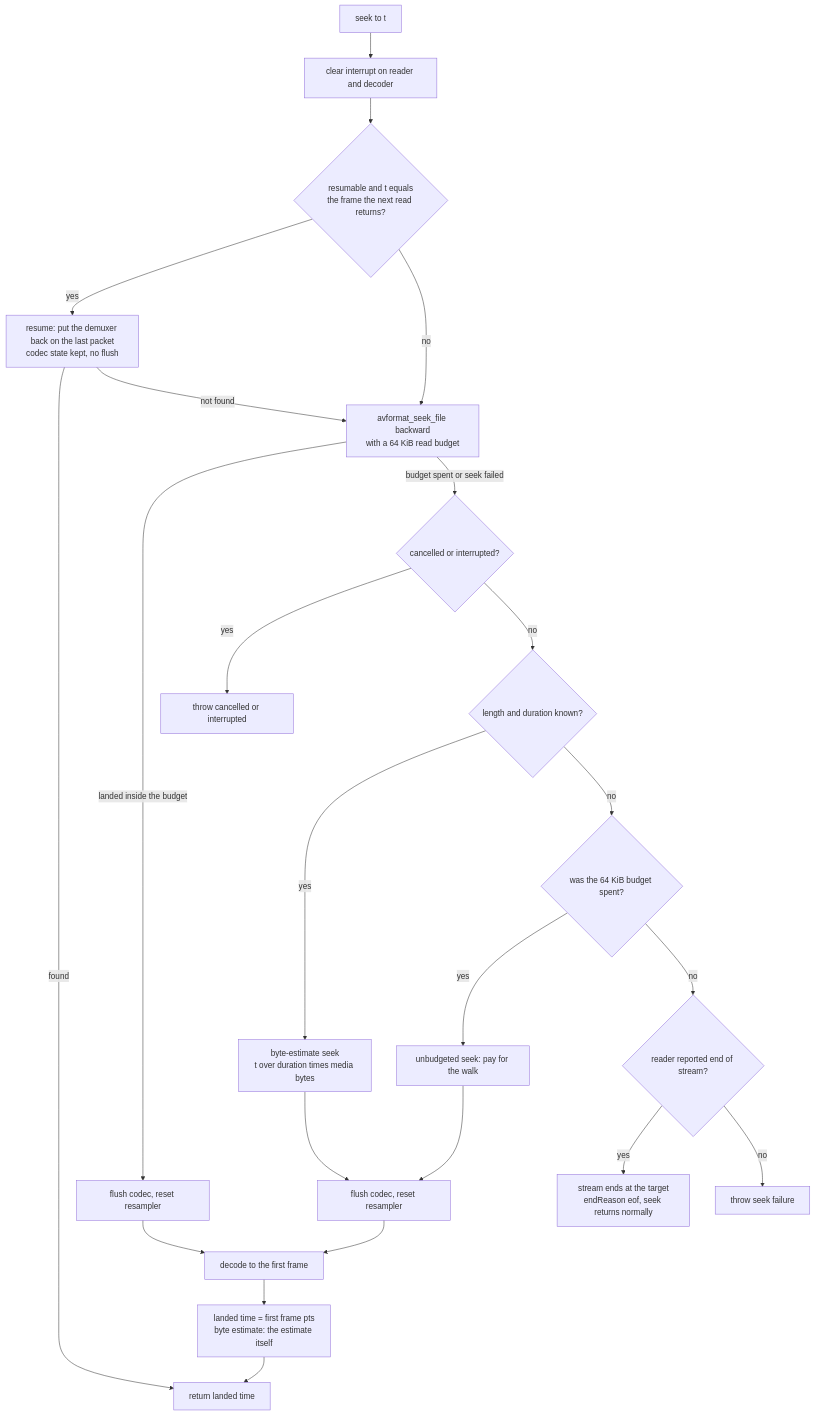
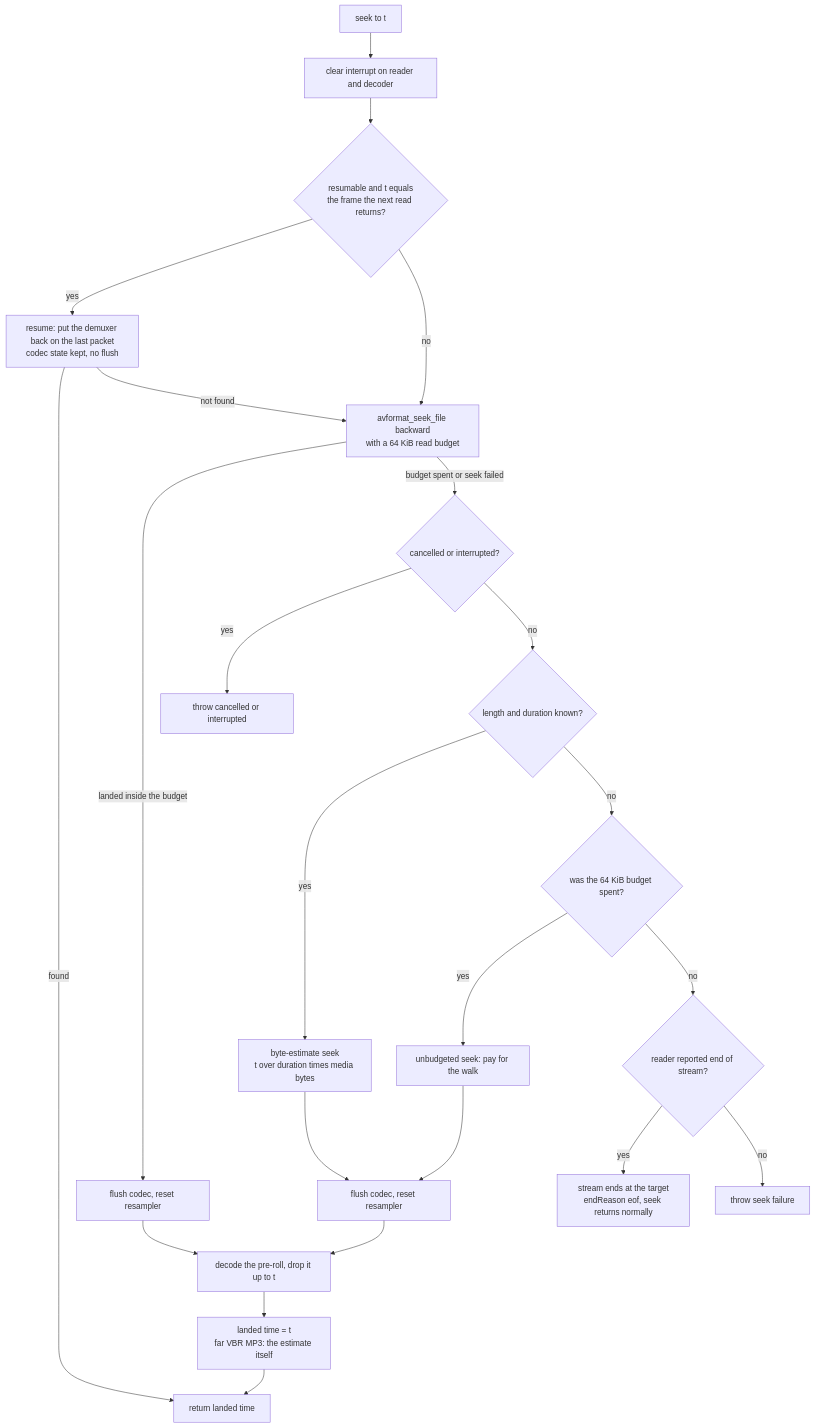
One commit to timusus/shuttle-playback changed the fourth of 8 diagrams in docs/architecture.md. Above: the diagram before and after it, drawn with Mermaid. The commit also changed other lines of this file and 4 other files, not shown here.

````diff
--- a/docs/architecture.md
+++ b/docs/architecture.md
@@ -127,25 +127,25 @@
 ```mermaid
 flowchart TD
     S["seek to t"] --> CL["clear interrupt on reader and decoder"]
     CL --> RS{"resumable and t equals<br/>the frame the next read returns?"}
     RS -- yes --> RE["resume: put the demuxer back on the last packet<br/>codec state kept, no flush"]
     RE -->|found| DONE
     RE -->|not found| TR
     RS -- no --> TR["avformat_seek_file backward<br/>with a 64 KiB read budget"]
     TR -->|landed inside the budget| FL["flush codec, reset resampler"]
     TR -->|budget spent or seek failed| INT{"cancelled or interrupted?"}
     INT -- yes --> STOP["throw cancelled or interrupted"]
     INT -- no --> EST{"length and duration known?"}
     EST -- yes --> BYTE["byte-estimate seek<br/>t over duration times media bytes"]
     EST -- no --> BL{"was the 64 KiB budget spent?"}
     BL -- yes --> WALK["unbudgeted seek: pay for the walk"]
     BL -- no --> EOFQ{"reader reported end of stream?"}
     EOFQ -- yes --> EOFX["stream ends at the target<br/>endReason eof, seek returns normally"]
     EOFQ -- no --> ERR["throw seek failure"]
     BYTE --> FL2["flush codec, reset resampler"]
     WALK --> FL2
-    FL --> PUMP["decode to the first frame"]
+    FL --> PUMP["decode the pre-roll, drop it up to t"]
     FL2 --> PUMP
-    PUMP --> LAND["landed time = first frame pts<br/>byte estimate: the estimate itself"]
+    PUMP --> LAND["landed time = t<br/>far VBR MP3: the estimate itself"]
     LAND --> DONE["return landed time"]
 ```
````
